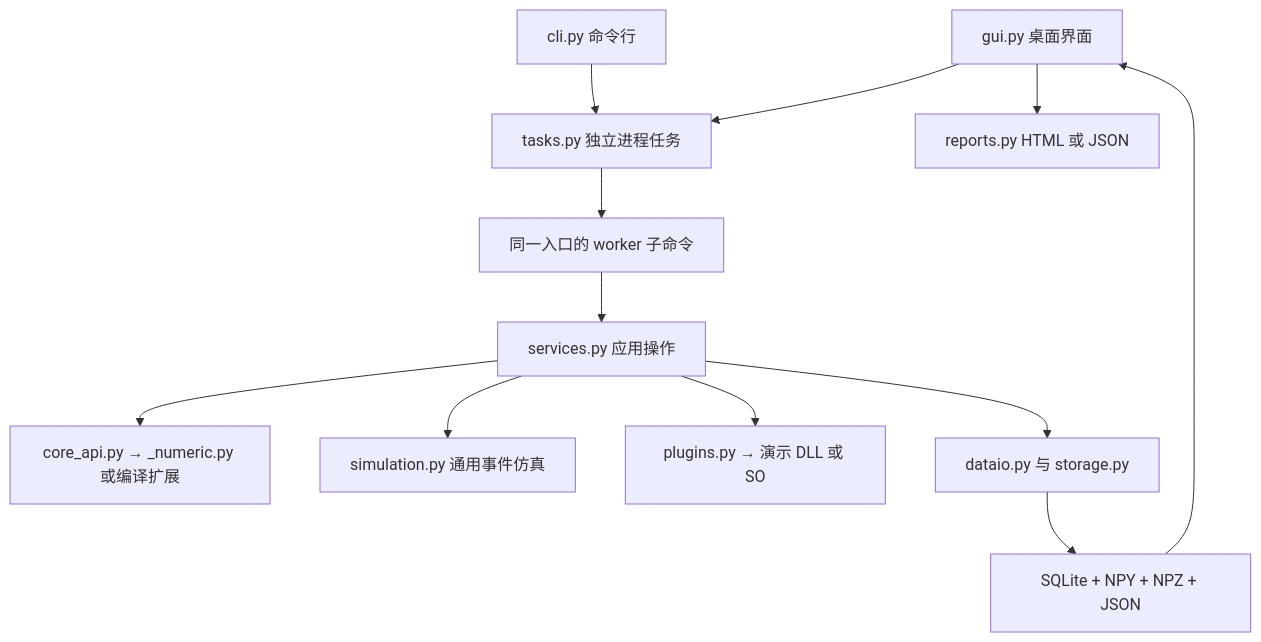
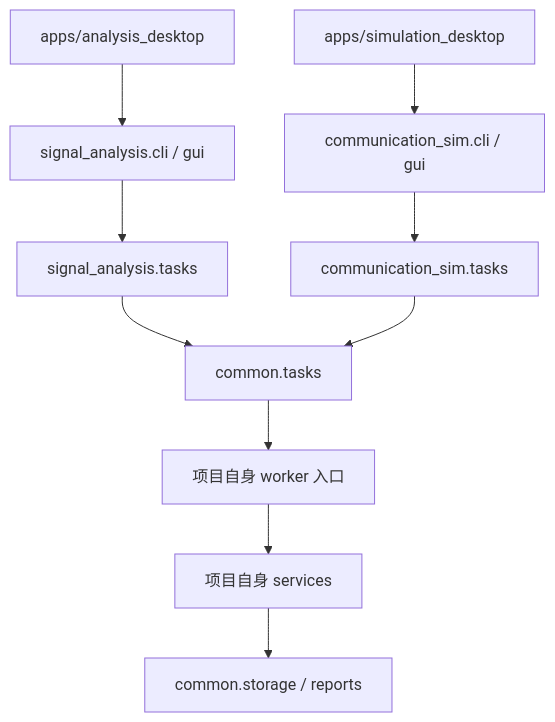
The diagram in docs/基础工程实现与文件说明.md (darkking1112/SimuSingal), drawn with Mermaid before and after one commit. The commit also changed other lines of this file and 55 other files, not shown here.

First line of the commit message:
feat: implement core signal analysis functionality with GUI and file I/O support

````diff
--- a/docs/基础工程实现与文件说明.md
+++ b/docs/基础工程实现与文件说明.md
@@ -26,14 +49,12 @@
 ```mermaid
 flowchart TB
-    GUI[gui.py 桌面界面] --> TASK[tasks.py 独立进程任务]
-    CLI[cli.py 命令行] --> TASK
-    TASK --> WORKER[同一入口的 worker 子命令]
-    WORKER --> SERVICES[services.py 应用操作]
-    SERVICES --> NUM[core_api.py → _numeric.py 或编译扩展]
-    SERVICES --> SIM[simulation.py 通用事件仿真]
-    SERVICES --> NATIVE[plugins.py → 演示 DLL 或 SO]
-    SERVICES --> DATA[dataio.py 与 storage.py]
-    DATA --> FILES[SQLite + NPY + NPZ + JSON]
-    FILES --> GUI
-    GUI --> REPORT[reports.py HTML 或 JSON]
+    A[apps/analysis_desktop] --> ACLI[signal_analysis.cli / gui]
+    S[apps/simulation_desktop] --> SCLI[communication_sim.cli / gui]
+    ACLI --> AT[signal_analysis.tasks]
+    SCLI --> ST[communication_sim.tasks]
+    AT --> CT[common.tasks]
+    ST --> CT
+    CT --> AP[项目自身 worker 入口]
+    AP --> B[项目自身 services]
+    B --> C[common.storage / reports]
 ```
````
